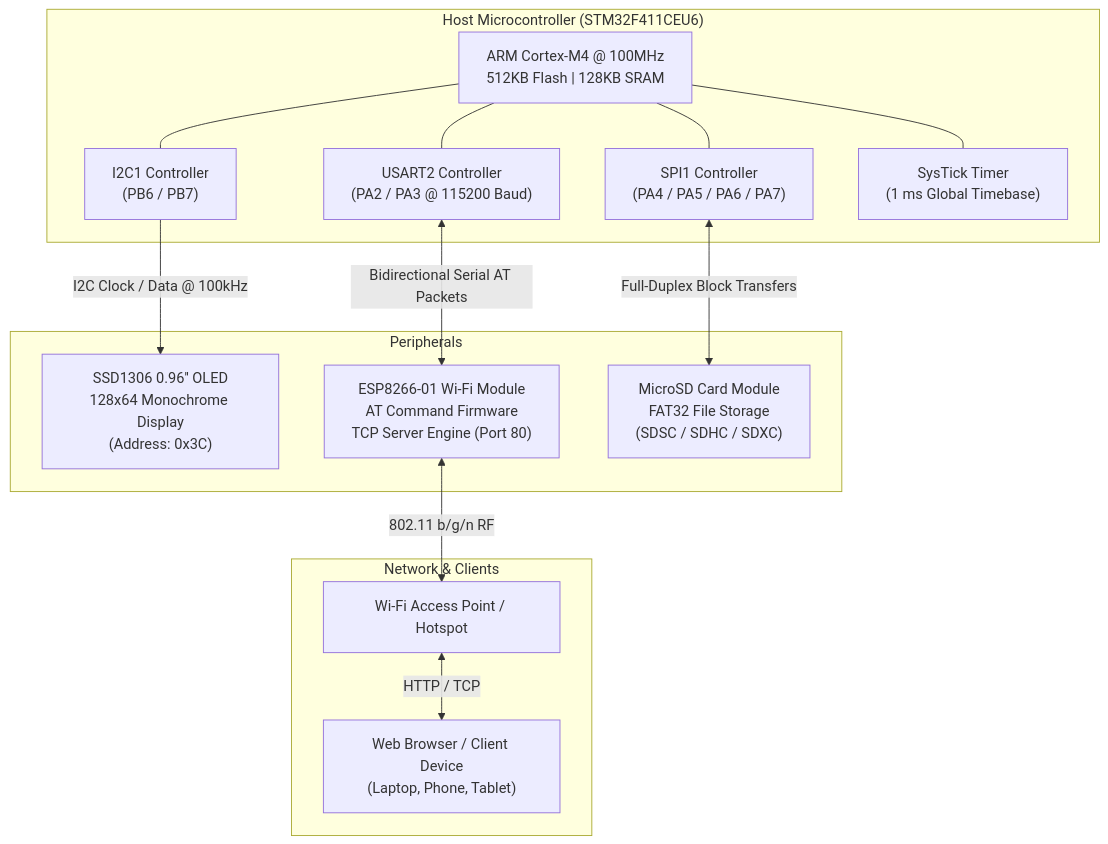
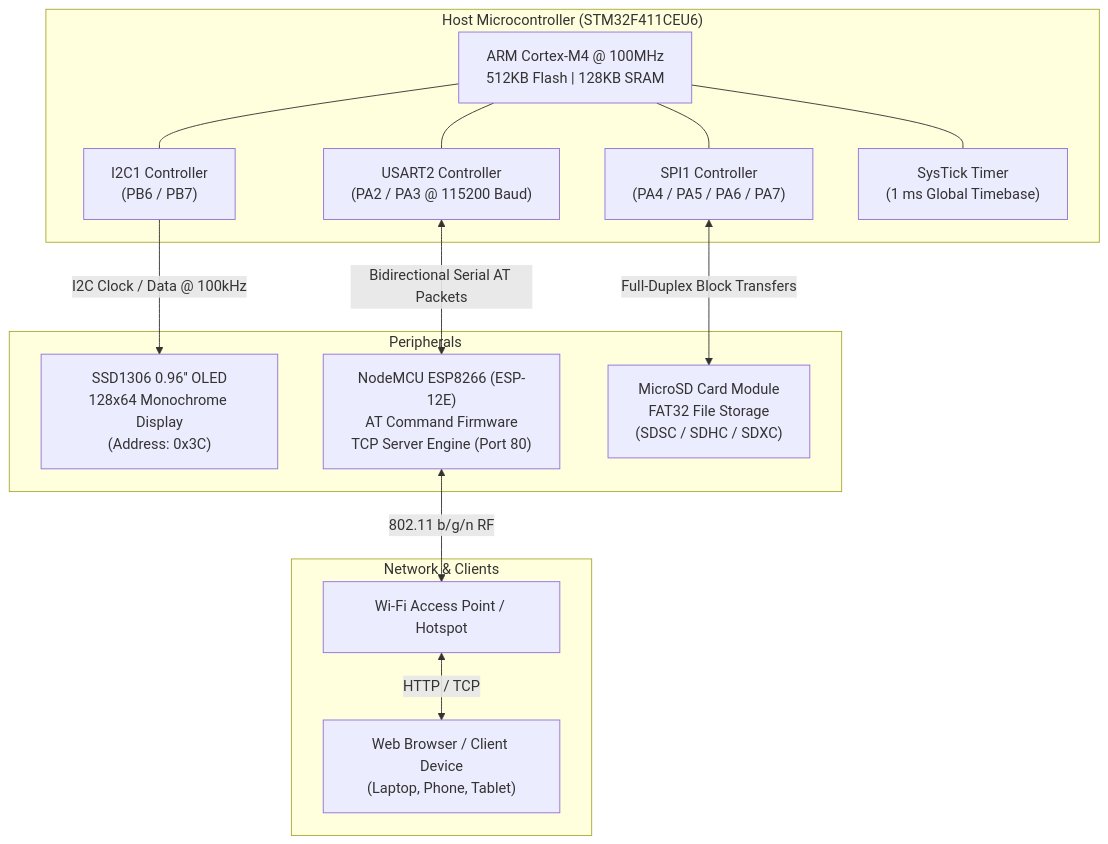
The first of 4 diagrams in README.md (Dakshin10/datacenter_embedded_systems), drawn with Mermaid before and after one commit. The commit also changed other lines of this file and 2 other files, not shown here.

Commit message:
docs: update circuit diagram and hardware specs for NodeMCU ESP8266 (ESP-12E)

````diff
--- a/README.md
+++ b/README.md
@@ -63,32 +63,32 @@
 ```mermaid
 graph TD
     subgraph "Host Microcontroller (STM32F411CEU6)"
         MCU["ARM Cortex-M4 @ 100MHz<br/>512KB Flash | 128KB SRAM"]
         I2C["I2C1 Controller<br/>(PB6 / PB7)"]
         USART["USART2 Controller<br/>(PA2 / PA3 @ 115200 Baud)"]
         SPI["SPI1 Controller<br/>(PA4 / PA5 / PA6 / PA7)"]
         SYSTICK["SysTick Timer<br/>(1 ms Global Timebase)"]
         MCU --- I2C
         MCU --- USART
         MCU --- SPI
         MCU --- SYSTICK
     end
 
     subgraph "Peripherals"
         OLED["SSD1306 0.96'' OLED<br/>128x64 Monochrome Display<br/>(Address: 0x3C)"]
-        ESP["ESP8266-01 Wi-Fi Module<br/>AT Command Firmware<br/>TCP Server Engine (Port 80)"]
+        ESP["NodeMCU ESP8266 (ESP-12E)<br/>AT Command Firmware<br/>TCP Server Engine (Port 80)"]
         SD["MicroSD Card Module<br/>FAT32 File Storage<br/>(SDSC / SDHC / SDXC)"]
     end
 
     I2C -->|I2C Clock / Data @ 100kHz| OLED
     USART <-->|Bidirectional Serial AT Packets| ESP
     SPI <-->|Full-Duplex Block Transfers| SD
 
     subgraph "Network & Clients"
         AP["Wi-Fi Access Point / Hotspot"]
         CLIENT["Web Browser / Client Device<br/>(Laptop, Phone, Tablet)"]
     end
 
     ESP <-->|802.11 b/g/n RF| AP
     AP <-->|HTTP / TCP| CLIENT
 ```
````
